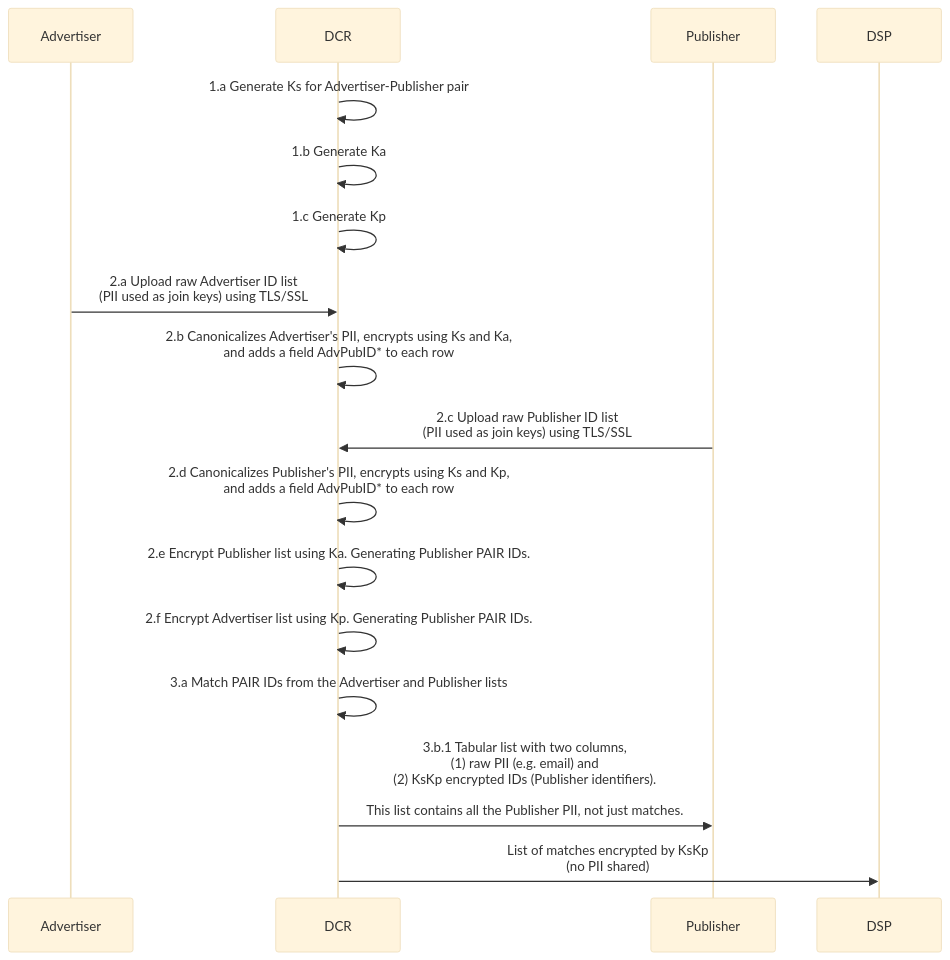
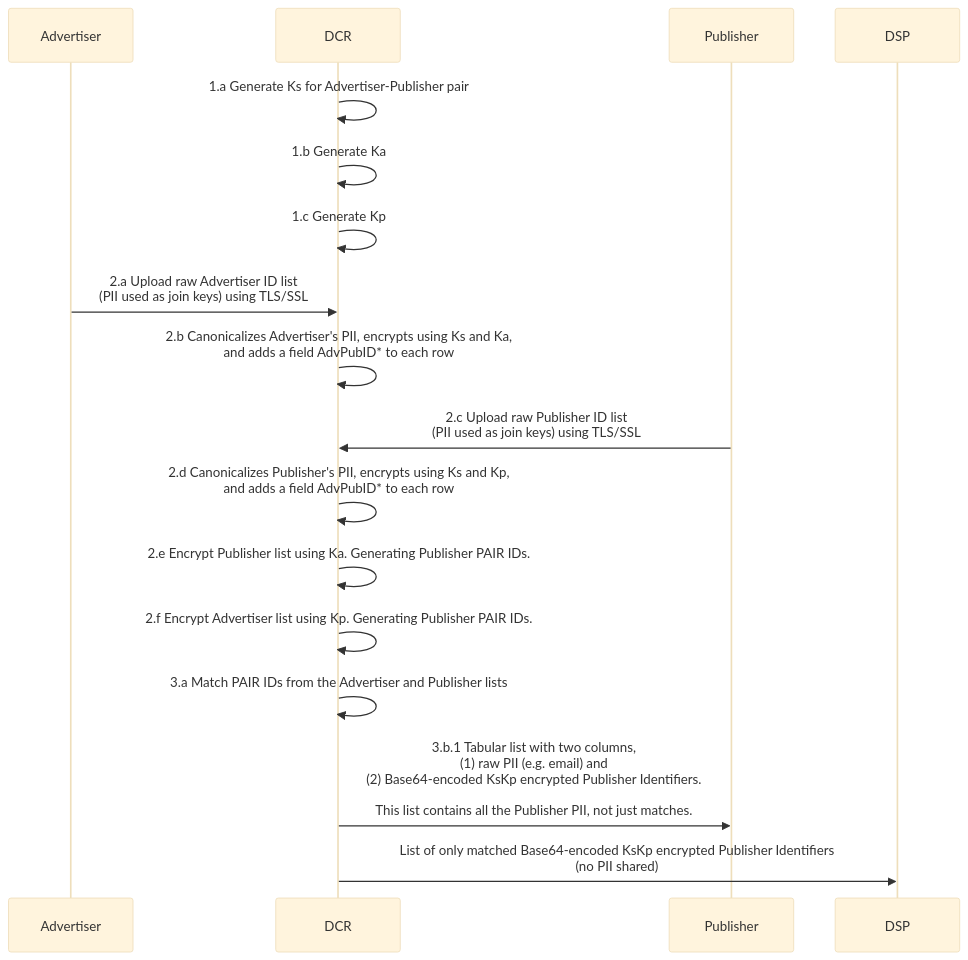
One commit to IABTechLab/pair changed the diagram in diagrams/Single_DCR.md. Above: the diagram before and after it, drawn with Mermaid. The commit also changed 1 other file, not shown here.

Commit message:
Updates diagrams for 1.1 release

````diff
--- a/diagrams/Single_DCR.md
+++ b/diagrams/Single_DCR.md
@@ -1,25 +1,25 @@
 ```mermaid
 %%{init: {'theme': 'base', 'themeVariables': { 'participantBkgColor': '#f0f0f0', 'participantBorderColor': '#000000' }}}%%
 sequenceDiagram
 
 participant Adv as Advertiser
 participant DCR
 participant Pub as Publisher
 participant DSP
 
 DCR->>DCR: 1.a Generate Ks for Advertiser-Publisher pair
 DCR->>DCR: 1.b Generate Ka
 DCR->>DCR: 1.c Generate Kp
 
 Adv->>DCR: 2.a Upload raw Advertiser ID list <br/>(PII used as join keys) using TLS/SSL
 DCR->>DCR: 2.b Canonicalizes Advertiser's PII, encrypts using Ks and Ka,<br/> and adds a field AdvPubID* to each row
 Pub->>DCR: 2.c Upload raw Publisher ID list <br/>(PII used as join keys) using TLS/SSL
 DCR->>DCR: 2.d Canonicalizes Publisher's PII, encrypts using Ks and Kp,<br/> and adds a field AdvPubID* to each row
 DCR->>DCR: 2.e Encrypt Publisher list using Ka. Generating Publisher PAIR IDs.
 DCR->>DCR: 2.f Encrypt Advertiser list using Kp. Generating Publisher PAIR IDs.
 
 DCR->>DCR: 3.a Match PAIR IDs from the Advertiser and Publisher lists
-DCR->>Pub: 3.b.1 Tabular list with two columns, <br/>(1) raw PII (e.g. email) and <br/>(2) KsKp encrypted IDs (Publisher identifiers).<br/><br/>This list contains all the Publisher PII, not just matches.
-DCR->>DSP: List of matches encrypted by KsKp <br/>(no PII shared)
+DCR->>Pub: 3.b.1 Tabular list with two columns, <br/>(1) raw PII (e.g. email) and <br/>(2) Base64-encoded KsKp encrypted Publisher Identifiers.<br/><br/>This list contains all the Publisher PII, not just matches.
+DCR->>DSP: List of only matched Base64-encoded KsKp encrypted Publisher Identifiers <br/>(no PII shared)
 
 ```
````
